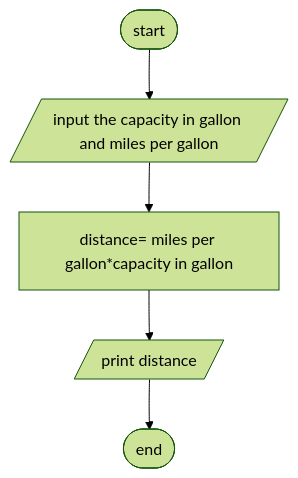
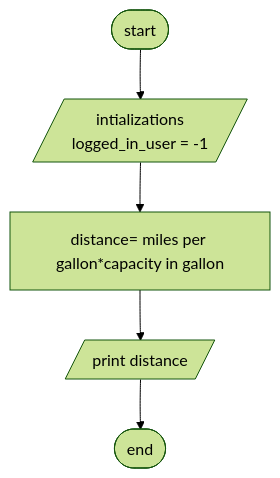
The first of 2 diagrams in FoP I/flowchart.md (Ludis-ET/Bank-Account), drawn with Mermaid (forest theme) before and after one commit. The commit also changed other lines of this file, not shown here.

Commit message:
intializations

````diff
--- a/FoP I/flowchart.md
+++ b/FoP I/flowchart.md
@@ -2,7 +1,9 @@
 ```mermaid
     flowchart TD;
-    A([start])-->B[/input the capacity in gallon and miles per gallon/];
+    A([start])-->B[/intializations 
+    logged_in_user = -1
+    /];
     B-->C["distance= miles per gallon*capacity in gallon"];
     C-->D[/print distance/];
     D-->E([end]);
 ```
````
